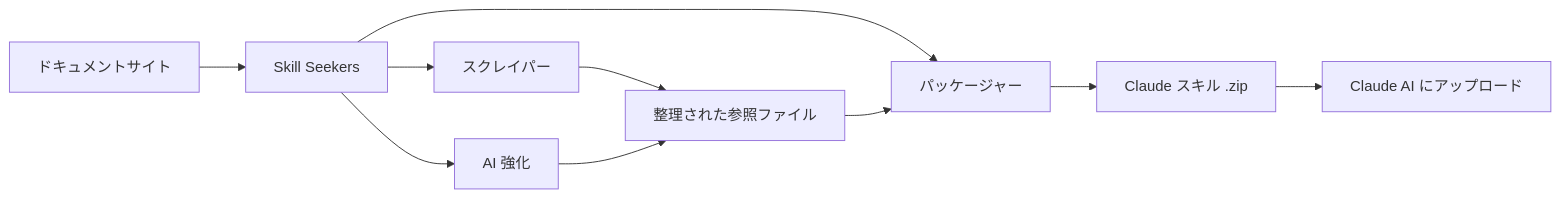
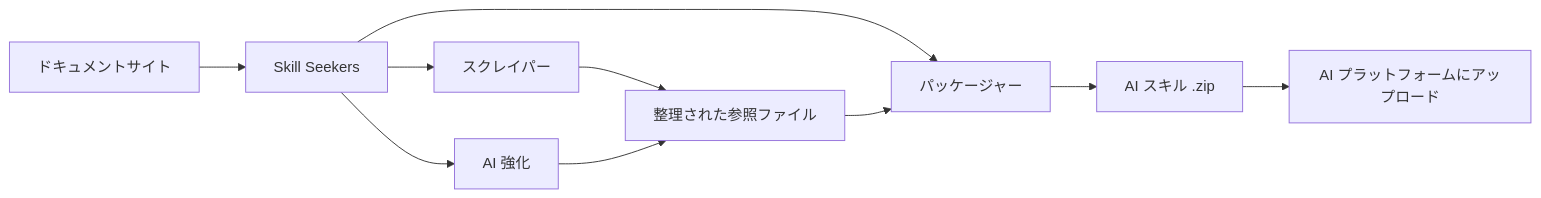
One commit to yusufkaraaslan/Skill_Seekers changed the diagram in README.ja.md. Above: the diagram before and after it, drawn with Mermaid. The commit also changed other lines of this file and 38 other files, not shown here.

````diff
--- a/README.ja.md
+++ b/README.ja.md
@@ -763,12 +970,12 @@
 ```mermaid
 graph LR
     A[ドキュメントサイト] --> B[Skill Seekers]
     B --> C[スクレイパー]
     B --> D[AI 強化]
     B --> E[パッケージャー]
     C --> F[整理された参照ファイル]
     D --> F
     F --> E
-    E --> G[Claude スキル .zip]
-    G --> H[Claude AI にアップロード]
+    E --> G[AI スキル .zip]
+    G --> H[AI プラットフォームにアップロード]
 ```
````
